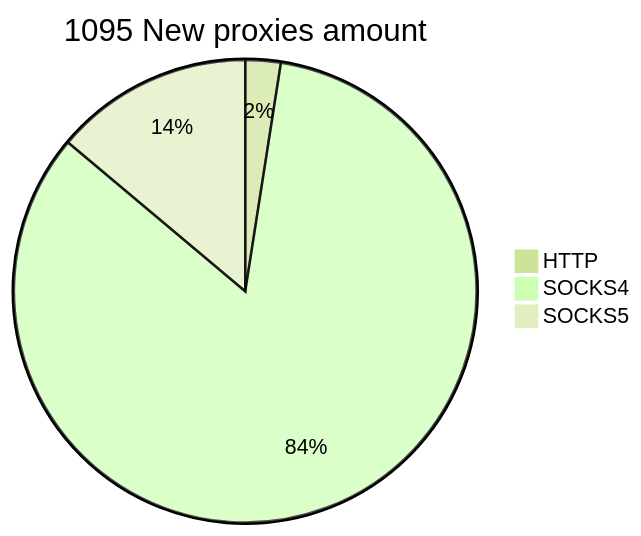
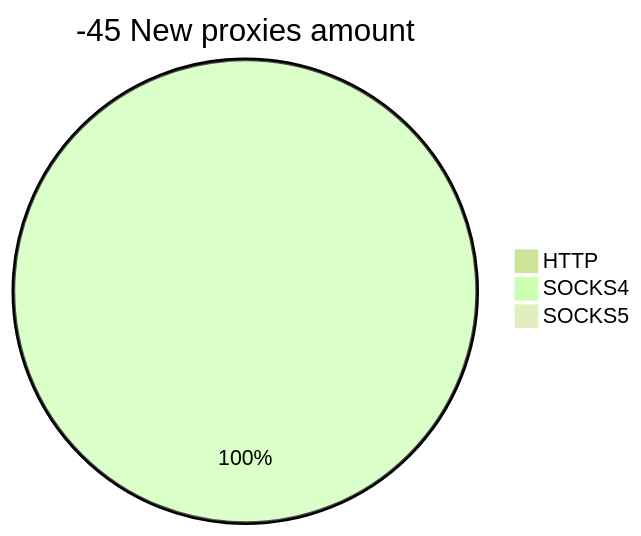
Before and after one commit to cutipu/proxylist: the second of 2 diagrams in README.md, drawn with Mermaid (forest theme). The commit also changed other lines of this file, not shown here.

````diff
--- a/README.md
+++ b/README.md
@@ -10,6 +10,6 @@
 ```mermaid
-pie title 1095 New proxies amount
-    "HTTP" : 27
-    "SOCKS4" : 916
-    "SOCKS5" : 152
+pie title -45 New proxies amount
+    "HTTP" : 0
+    "SOCKS4" : 37
+    "SOCKS5" : 0
 ```
````
